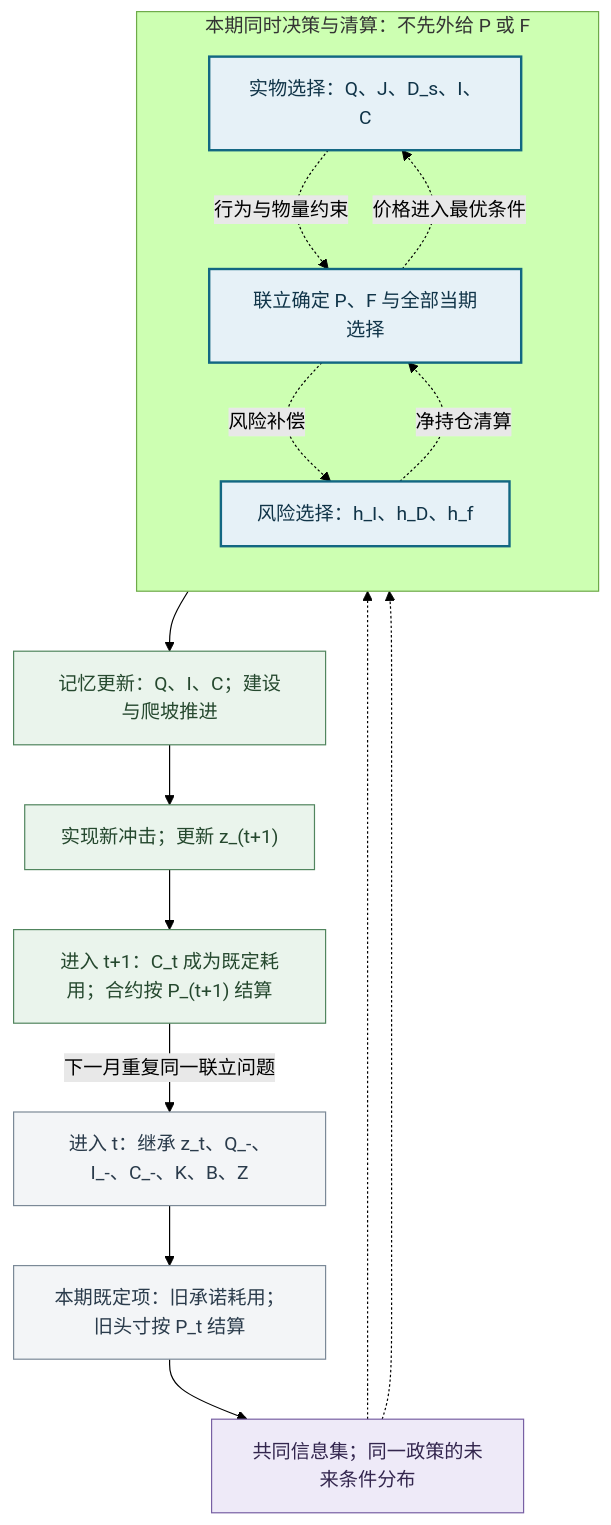
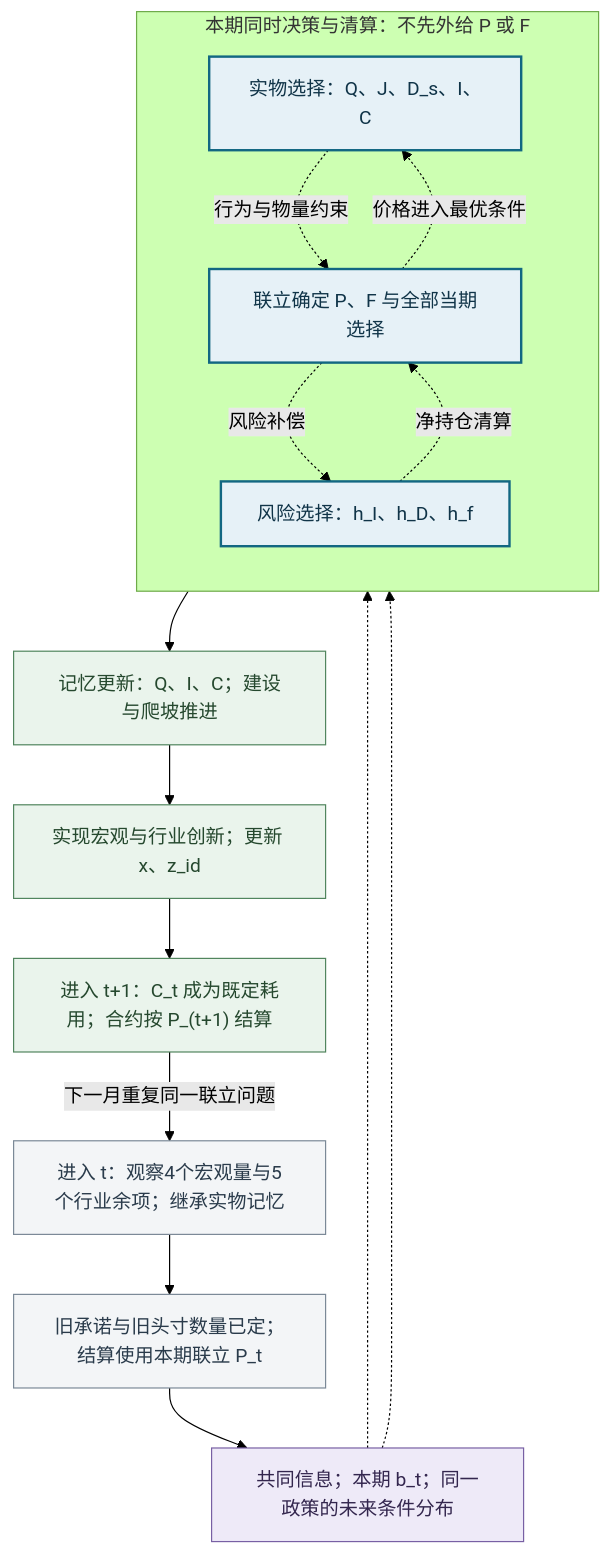
Before and after one commit to richardssheik107-hub/DSGE-LC: the diagram in docs/figures/02_monthly_timing.mmd, drawn with Mermaid (forest theme). The commit also changed other lines of this file and 35 other files, not shown here.

```diff
--- a/docs/figures/02_monthly_timing.mmd
+++ b/docs/figures/02_monthly_timing.mmd
@@ -1,37 +1,37 @@
 flowchart TB
-    ST["进入 t：继承 z_t、Q_-、I_-、C_-、K、B、Z"]
-    OLD["本期既定项：旧承诺耗用；旧头寸按 P_t 结算"]
-    INFO["共同信息集；同一政策的未来条件分布"]
+    ST["进入 t：观察4个宏观量与5个行业余项；继承实物记忆"]
+    OLD["旧承诺与旧头寸数量已定；结算使用本期联立 P_t"]
+    INFO["共同信息；本期 b_t；同一政策的未来条件分布"]
 
     subgraph NOW["本期同时决策与清算：不先外给 P 或 F"]
         direction TB
         REAL["实物选择：Q、J、D_s、I、C"]
         CLEAR["联立确定 P、F 与全部当期选择"]
         POS["风险选择：h_I、h_D、h_f"]
         REAL -.->|"行为与物量约束"| CLEAR
         CLEAR -.->|"价格进入最优条件"| REAL
         POS -.->|"净持仓清算"| CLEAR
         CLEAR -.->|"风险补偿"| POS
     end
 
     MEMORY["记忆更新：Q、I、C；建设与爬坡推进"]
-    SHOCK["实现新冲击；更新 z_(t+1)"]
+    SHOCK["实现宏观与行业创新；更新 x、z_id"]
     NEXT["进入 t+1：C_t 成为既定耗用；合约按 P_(t+1) 结算"]
 
     ST --> OLD
     OLD --> INFO
     INFO -.-> REAL
     INFO -.-> POS
     CLEAR --> MEMORY
     MEMORY --> SHOCK
     SHOCK --> NEXT
     NEXT -->|"下一月重复同一联立问题"| ST
 
     classDef current fill:#e6f1f7,stroke:#126782,stroke-width:2px,color:#103448;
     classDef memory fill:#eaf4ec,stroke:#51855e,color:#25482e;
     classDef information fill:#eeeaf8,stroke:#7860a4,color:#33264e;
     classDef inherited fill:#f3f5f7,stroke:#7b8997,color:#2a3b4b;
     class CLEAR,REAL,POS current;
     class MEMORY,SHOCK,NEXT memory;
     class INFO information;
     class ST,OLD inherited;
```
